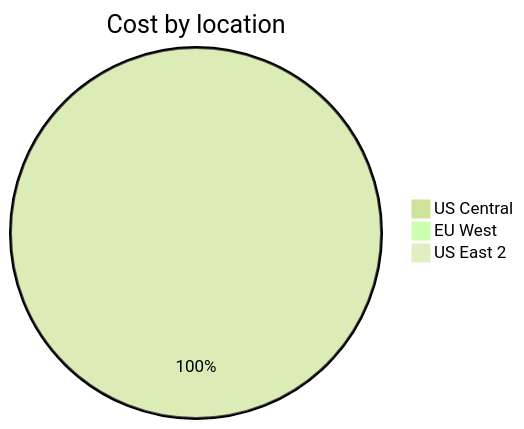
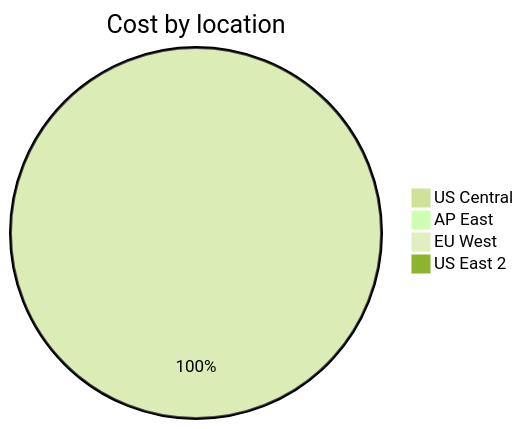
Before and after one commit to jpfulton/azure-personal-reports: the third of 4 diagrams in cost-reports/personal-site/personal-site-preview.md, drawn with Mermaid (forest theme). The commit also changed other lines of this file and 6 other files, not shown here.

````diff
--- a/cost-reports/personal-site/personal-site-preview.md
+++ b/cost-reports/personal-site/personal-site-preview.md
@@ -109,7 +110,8 @@
 ```mermaid
 pie
    title Cost by location
-   "US Central" : 1.74
+   "US Central" : 2.05
+   "AP East" : 0.00
    "EU West" : 0.00
    "US East 2" : 0.00
 ```
````
